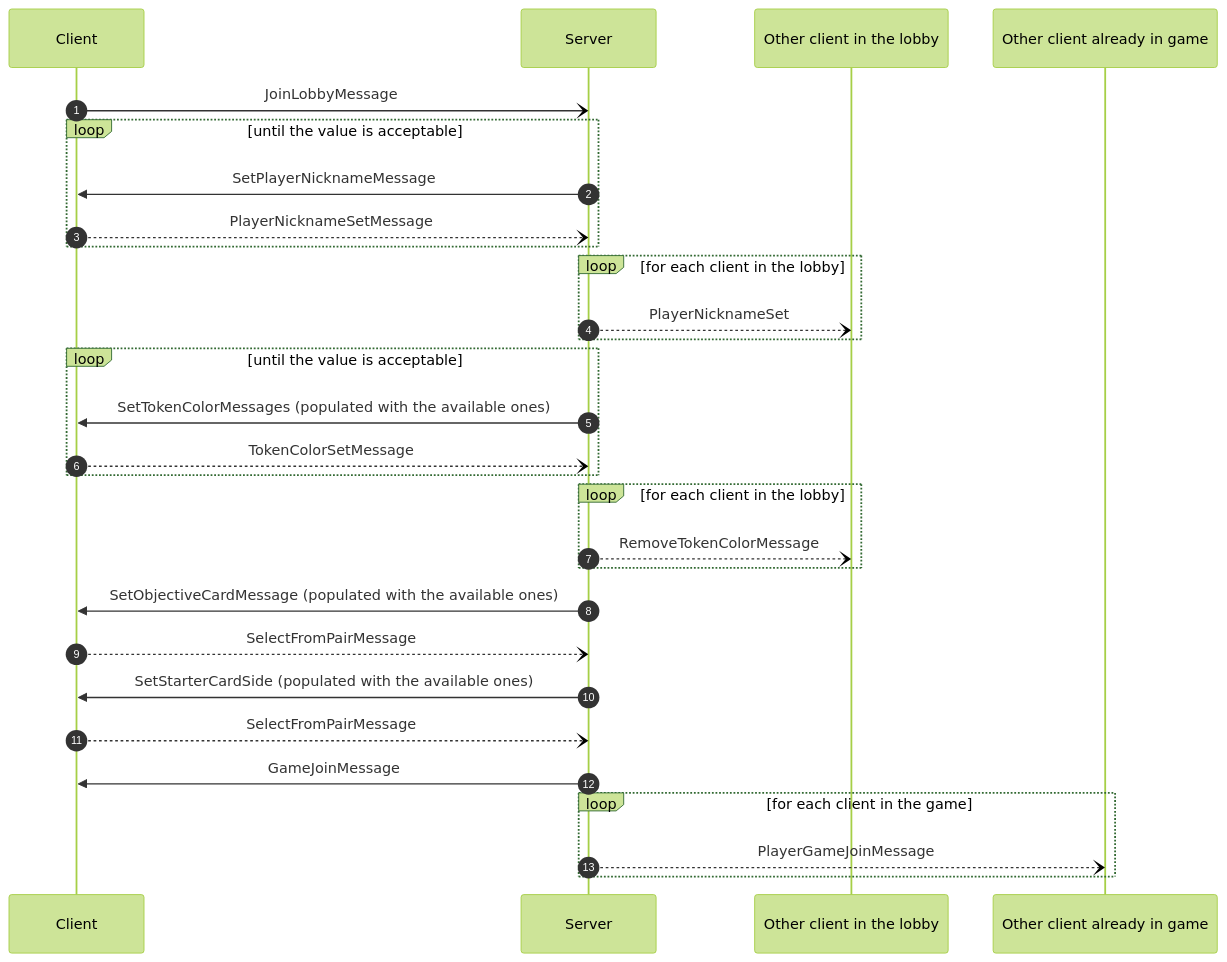
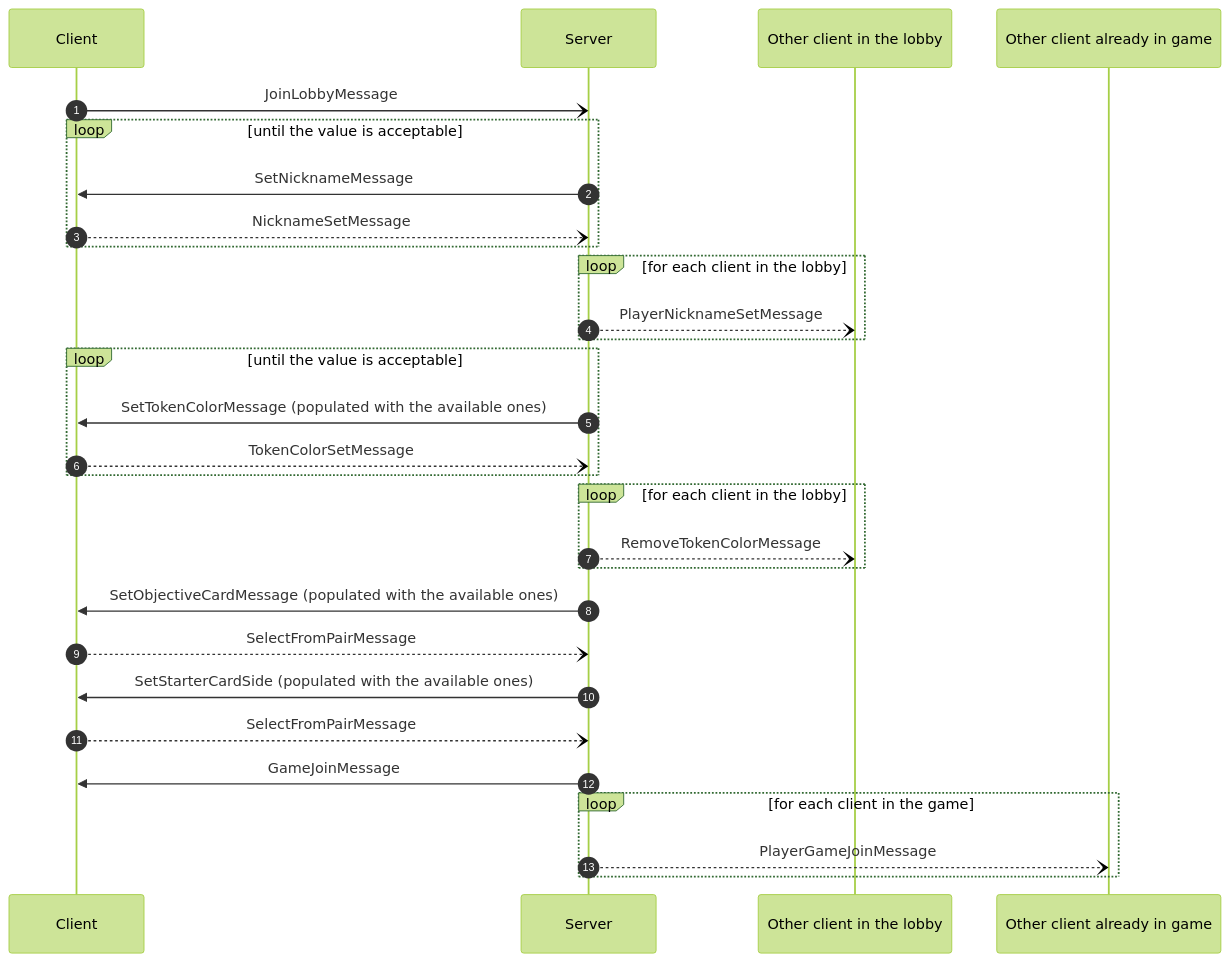
One commit to frephs/IS24-AM21 changed the first of 5 diagrams in documentation_wip/network_protocol.md. Above: the diagram before and after it, drawn with Mermaid (forest theme).

````diff
--- a/documentation_wip/network_protocol.md
+++ b/documentation_wip/network_protocol.md
@@ -11,41 +11,41 @@
 ```mermaid
 sequenceDiagram
     autonumber
     Client -) Server : JoinLobbyMessage
     loop until the value is acceptable
     
     # Player Nickname
-    Server ->> Client : SetPlayerNicknameMessage
-    Client --) Server : PlayerNicknameSetMessage 
+    Server ->> Client : SetNicknameMessage
+    Client --) Server : NicknameSetMessage 
     end
     
     loop for each client in the lobby
-    Server --) Other client in the lobby:  PlayerNicknameSet
+    Server --) Other client in the lobby:  PlayerNicknameSetMessage
     end
 
     # Player Token color 
     loop until the value is acceptable
-    Server ->> Client : SetTokenColorMessages (populated with the available ones)
+    Server ->> Client : SetTokenColorMessage (populated with the available ones)
     
     Client --) Server : TokenColorSetMessage 
     end
     
     loop for each client in the lobby
     Server --) Other client in the lobby:  RemoveTokenColorMessage
     end
 
 
     # Player Secret Objective 
     Server ->> Client : SetObjectiveCardMessage (populated with the available ones)
     Client --) Server : SelectFromPairMessage
 
     #Player Starter Card Side to place
     Server ->> Client : SetStarterCardSide (populated with the available ones)
     Client --) Server : SelectFromPairMessage
     Server ->> Client : GameJoinMessage
     
     loop for each client in the game
     Server --) Other client already in game:  PlayerGameJoinMessage
     end
 
 ```
````
